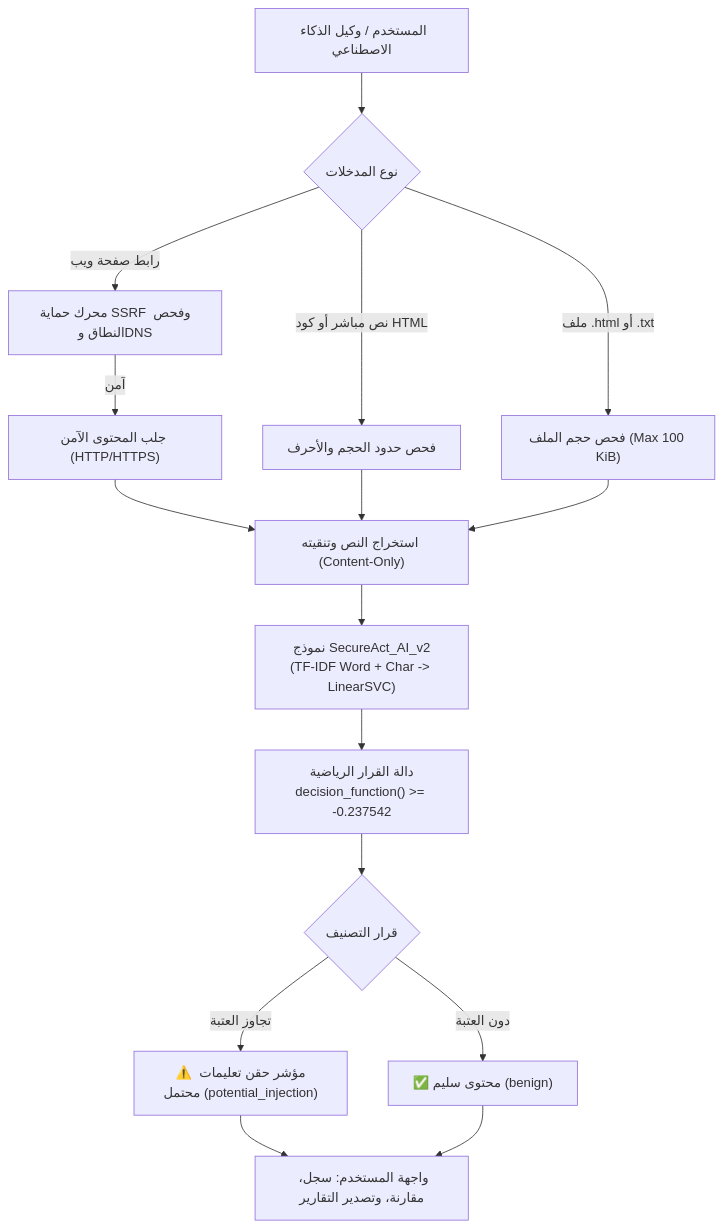
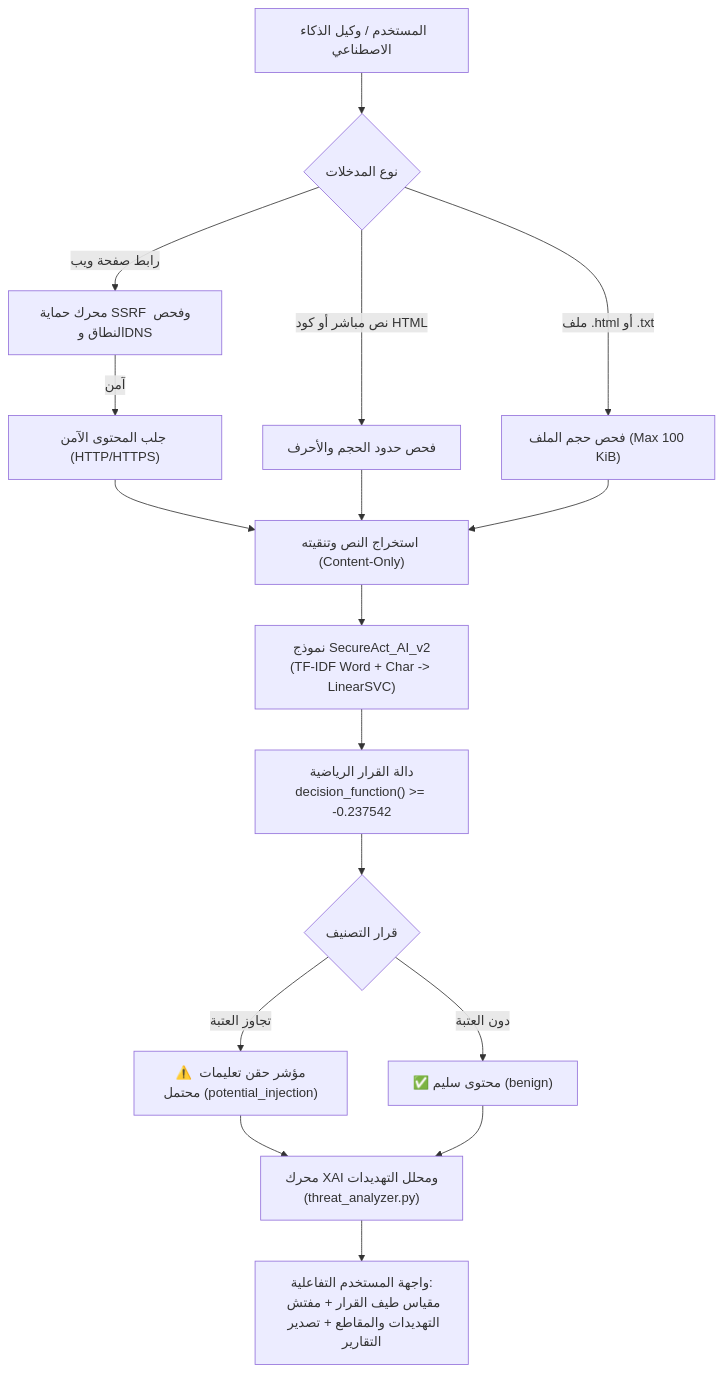
The diagram in README.md (Mazenalodini/SecureAct-AI-Platform), drawn with Mermaid before and after one commit. The commit also changed other lines of this file and 12 other files, not shown here.

Commit message:
feat: enterprise UI/UX overhaul with XAI threat inspector, decision gauge, responsive design, and documentation

````diff
--- a/README.md
+++ b/README.md
@@ -23,18 +23,19 @@
 ```mermaid
 flowchart TD
     User["المستخدم / وكيل الذكاء الاصطناعي"] --> In{"نوع المدخلات"}
     In -- "رابط صفحة ويب" --> SSRF["محرك حماية SSRF وفحص النطاق وDNS"]
     SSRF -- "آمن" --> Fetcher["جلب المحتوى الآمن (HTTP/HTTPS)"]
     In -- "نص مباشر أو كود HTML" --> Bounds["فحص حدود الحجم والأحرف"]
     In -- "ملف .html أو .txt" --> FileCheck["فحص حجم الملف (Max 100 KiB)"]
     Fetcher --> Extractor["استخراج النص وتنقيته (Content-Only)"]
     Bounds --> Extractor
     FileCheck --> Extractor
     Extractor --> Model["نموذج SecureAct_AI_v2\n(TF-IDF Word + Char -> LinearSVC)"]
     Model --> Decision["دالة القرار الرياضية\ndecision_function() >= -0.237542"]
     Decision --> Verdict{"قرار التصنيف"}
     Verdict -- "تجاوز العتبة" --> Flag["⚠️ مؤشر حقن تعليمات محتمل (potential_injection)"]
     Verdict -- "دون العتبة" --> Clear["✅ محتوى سليم (benign)"]
-    Flag --> UI["واجهة المستخدم: سجل، مقارنة، وتصدير التقارير"]
-    Clear --> UI
+    Flag --> Analyzer["محرك XAI ومحلل التهديدات\n(threat_analyzer.py)"]
+    Clear --> Analyzer
+    Analyzer --> UI["واجهة المستخدم التفاعلية:\nمقياس طيف القرار + مفتش التهديدات والمقاطع + تصدير التقارير"]
 ```
````
